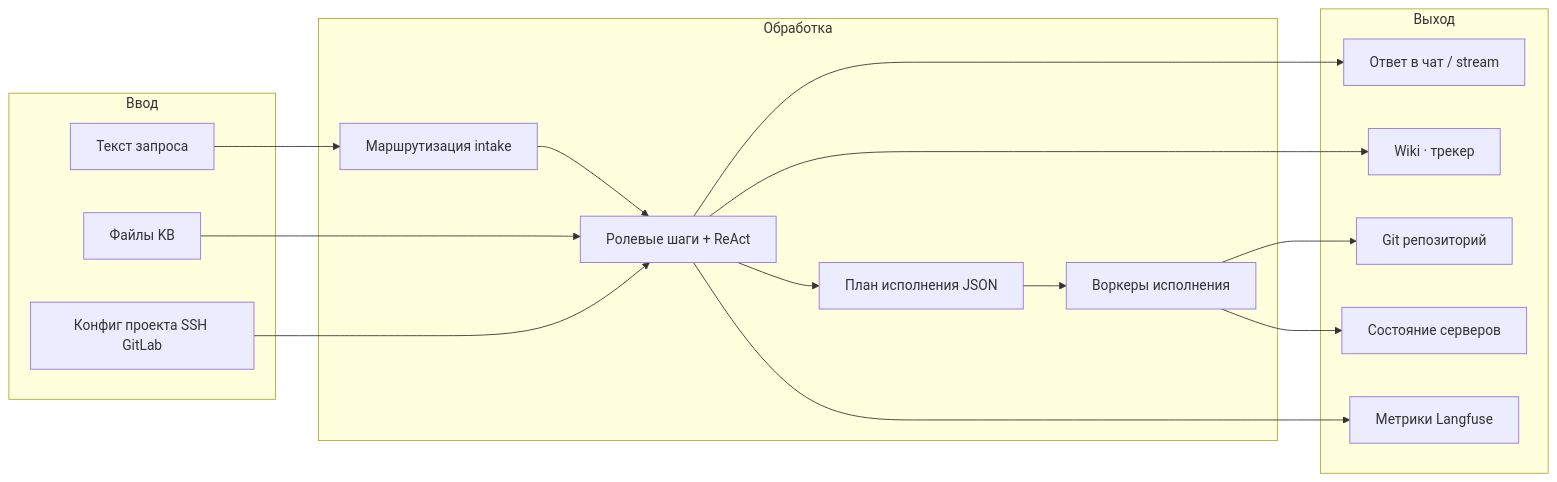
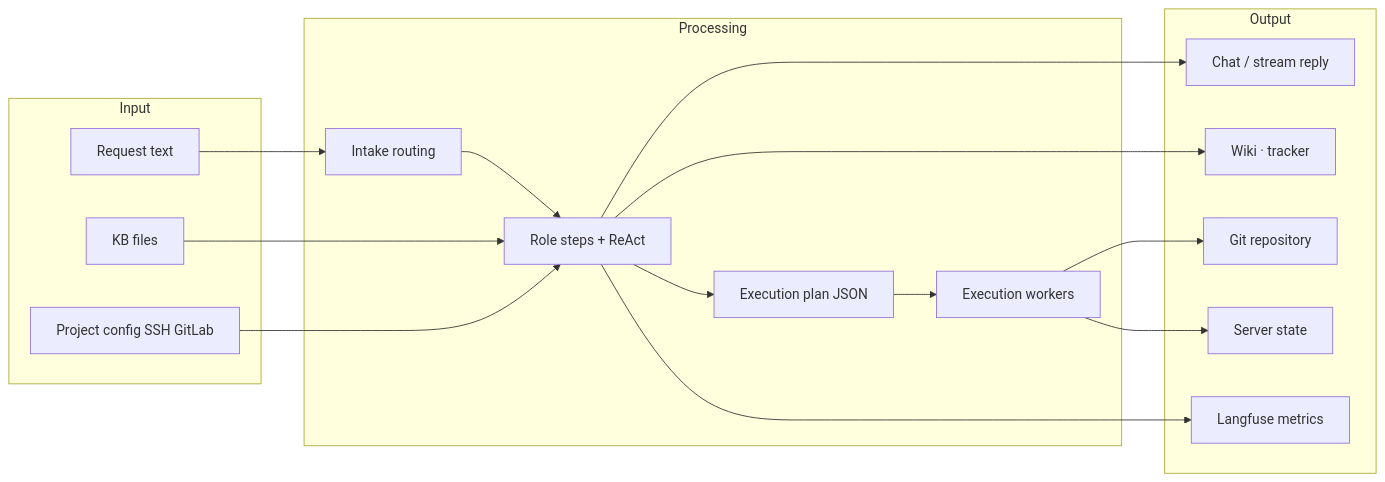
One commit to sergey-show/lambot-platform changed diagram 13 of 17 in Architecture.md. Above: the diagram before and after it, drawn with Mermaid. The commit also changed other lines of this file and 119 other files, not shown here.

First line of the commit message:
Localize Lambot Platform to English and switch intake routing to LLM.

````diff
--- a/Architecture.md
+++ b/Architecture.md
@@ -602,33 +602,33 @@
 ```mermaid
 flowchart LR
-  subgraph IN["Ввод"]
-    I1[Текст запроса]
-    I2[Файлы KB]
-    I3[Конфиг проекта SSH GitLab]
+  subgraph IN["Input"]
+    I1[Request text]
+    I2[KB files]
+    I3[Project config SSH GitLab]
   end
 
-  subgraph PROC["Обработка"]
-    P1[Маршрутизация intake]
-    P2[Ролевые шаги + ReAct]
-    P3[План исполнения JSON]
-    P4[Воркеры исполнения]
+  subgraph PROC["Processing"]
+    P1[Intake routing]
+    P2[Role steps + ReAct]
+    P3[Execution plan JSON]
+    P4[Execution workers]
   end
 
-  subgraph OUT["Выход"]
-    O1[Ответ в чат / stream]
-    O2[Wiki · трекер]
-    O3[Git репозиторий]
-    O4[Состояние серверов]
-    O5[Метрики Langfuse]
+  subgraph OUT["Output"]
+    O1[Chat / stream reply]
+    O2[Wiki · tracker]
+    O3[Git repository]
+    O4[Server state]
+    O5[Langfuse metrics]
   end
 
   I1 --> P1 --> P2
   P2 --> O1
   P2 --> O2
   P2 --> P3 --> P4
   P4 --> O3
   P4 --> O4
   I2 --> P2
   I3 --> P2
   P2 --> O5
 ```
````
